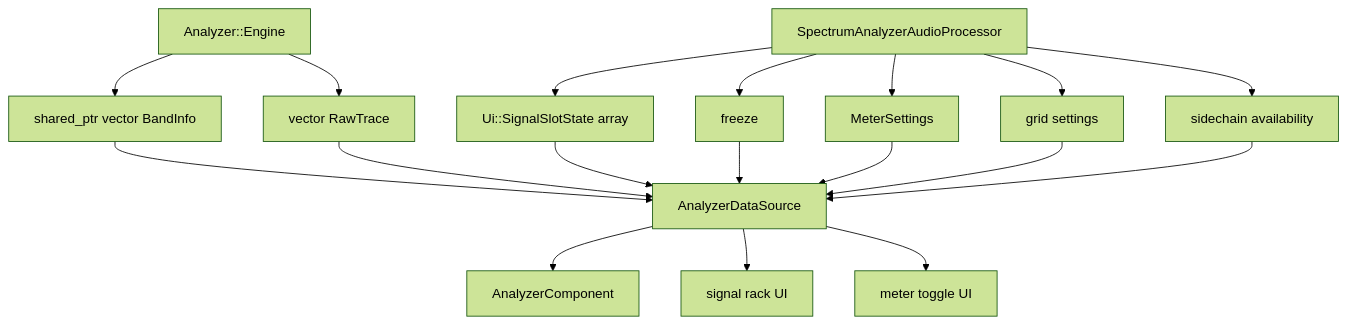
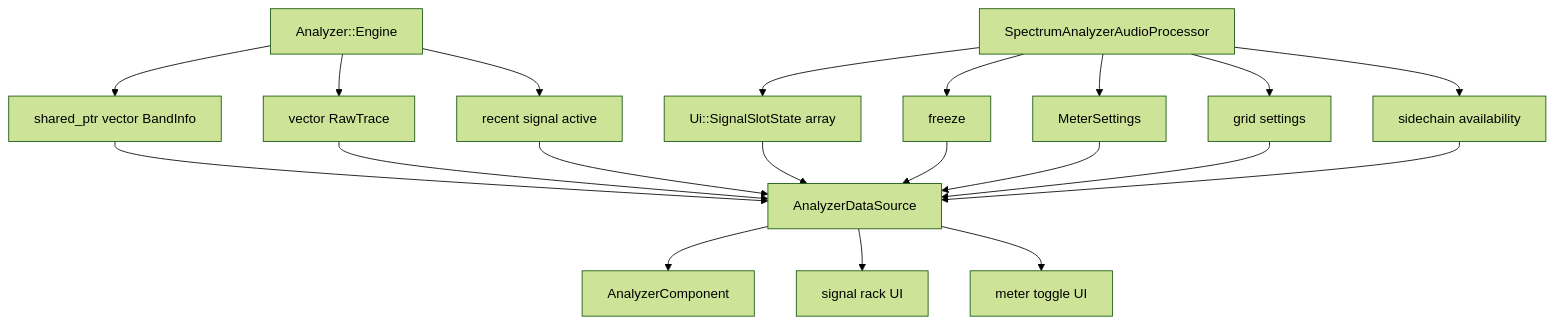
The eighth of 8 diagrams in docs/audio-processing-architecture.md (Silenterc/Band-Spectrum-Analyzer), drawn with Mermaid (forest theme) before and after one commit. The commit also changed other lines of this file and 17 other files, not shown here.

````diff
--- a/docs/audio-processing-architecture.md
+++ b/docs/audio-processing-architecture.md
@@ -171,23 +179,25 @@
 ```mermaid
 flowchart TD
     Engine[Analyzer::Engine] --> BandInfo[shared_ptr vector BandInfo]
     Engine --> RawTraces[vector RawTrace]
+    Engine --> ActivityState[recent signal active]
 
     Processor[SpectrumAnalyzerAudioProcessor] --> Slots[Ui::SignalSlotState array]
     Processor --> Freeze[freeze]
     Processor --> Meter[MeterSettings]
     Processor --> Grid[grid settings]
     Processor --> Sidechain[sidechain availability]
 
     BandInfo --> DataSource[AnalyzerDataSource]
     RawTraces --> DataSource
     Slots --> DataSource
     Freeze --> DataSource
     Meter --> DataSource
     Grid --> DataSource
     Sidechain --> DataSource
+    ActivityState --> DataSource
 
     DataSource --> AnalyzerComponent
     DataSource --> SignalRack[signal rack UI]
     DataSource --> MeterControls[meter toggle UI]
 ```
````
